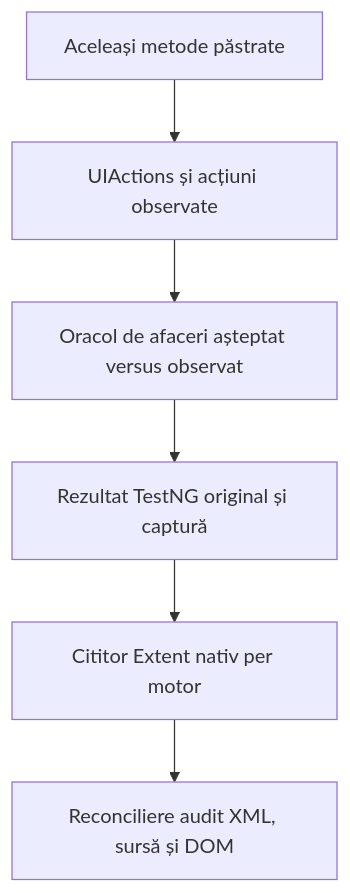
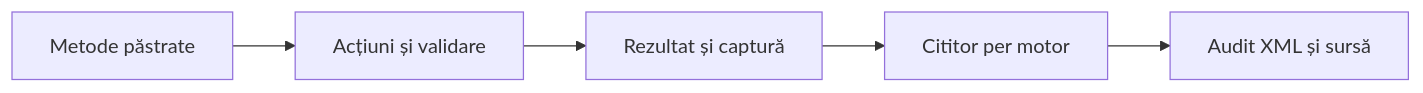
The diagram in docs/feedback/Retained_UI_Auditability.md (crististefanita/ATF_AI), drawn with Mermaid before and after one commit. The commit also changed other lines of this file and 111 other files, not shown here.

````diff
--- a/docs/feedback/Retained_UI_Auditability.md
+++ b/docs/feedback/Retained_UI_Auditability.md
@@ -70,8 +70,7 @@
 ```mermaid
-flowchart TB
-    Methods["Aceleași metode păstrate"] --> Actions["UIActions și acțiuni observate"]
-    Actions --> Validation["Oracol de afaceri așteptat versus observat"]
-    Validation --> Listener["Rezultat TestNG original și captură"]
-    Listener --> Reader["Cititor Extent nativ per motor"]
-    Reader --> Audit["Reconciliere audit XML, sursă și DOM"]
+flowchart LR
+    Methods["Metode păstrate"] --> Actions["Acțiuni și validare"]
+    Actions --> Listener["Rezultat și captură"]
+    Listener --> Reader["Cititor per motor"]
+    Reader --> Audit["Audit XML și sursă"]
 ```
````
